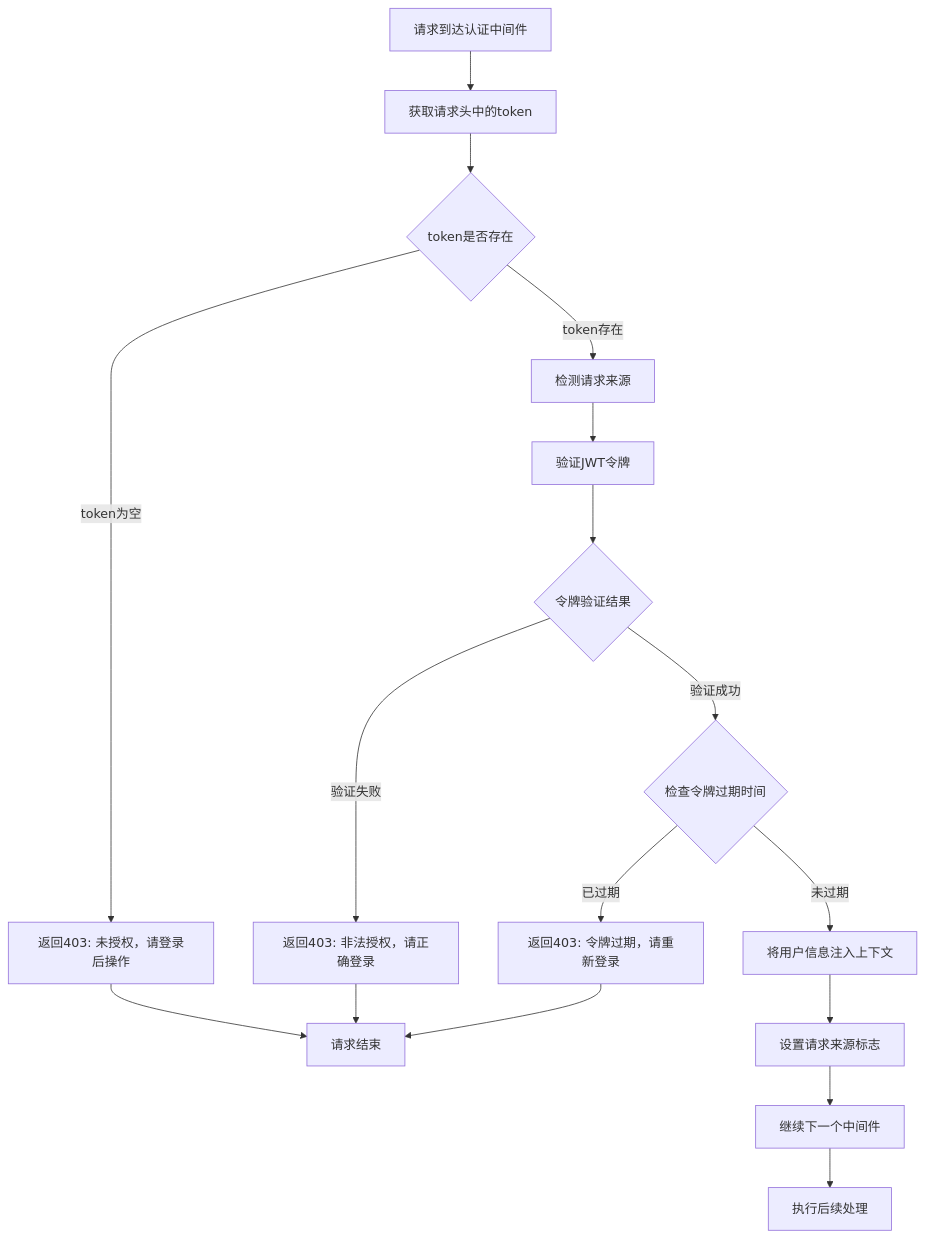
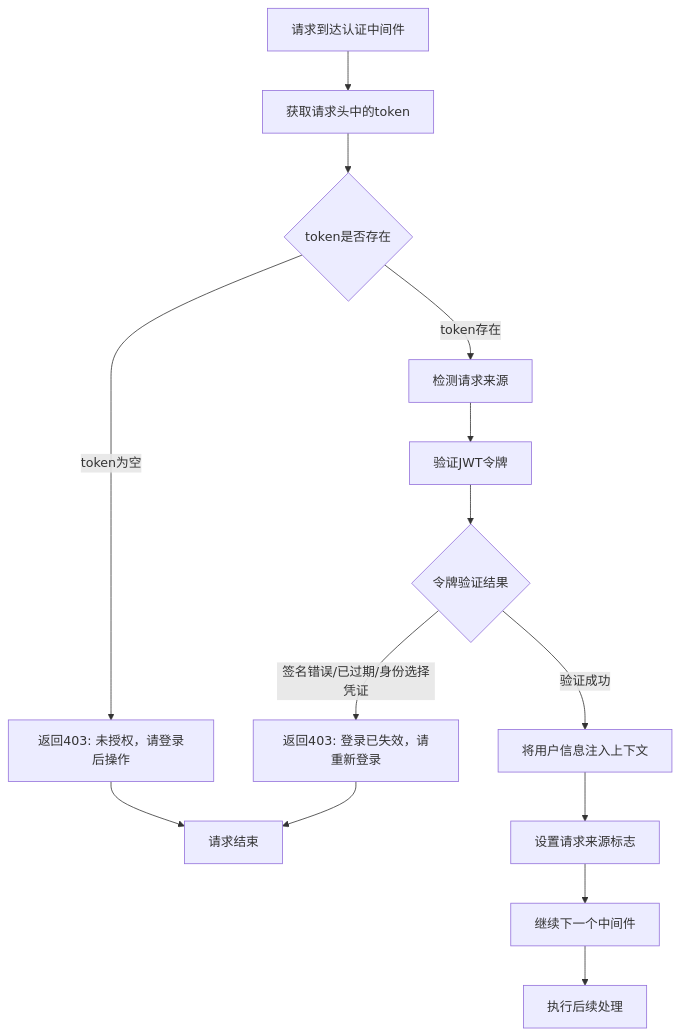
The diagram in ikanyue.mapi.hono/src/middleware/auth.js.md (imatrixme/ikanyue), drawn with Mermaid before and after one commit. The commit also changed other lines of this file and 37 other files, not shown here.

````diff
--- a/ikanyue.mapi.hono/src/middleware/auth.js.md
+++ b/ikanyue.mapi.hono/src/middleware/auth.js.md
@@ -9,19 +9,16 @@
 ```mermaid
 flowchart TD
     A[请求到达认证中间件] --> B[获取请求头中的token]
     B --> C{token是否存在}
     C -->|token为空| D[返回403: 未授权，请登录后操作]
     C -->|token存在| E[检测请求来源]
     E --> F[验证JWT令牌]
     F --> G{令牌验证结果}
-    G -->|验证失败| H[返回403: 非法授权，请正确登录]
-    G -->|验证成功| I{检查令牌过期时间}
-    I -->|已过期| J[返回403: 令牌过期，请重新登录]
-    I -->|未过期| K[将用户信息注入上下文]
+    G -->|签名错误/已过期/身份选择凭证| H[返回403: 登录已失效，请重新登录]
+    G -->|验证成功| K[将用户信息注入上下文]
     K --> L[设置请求来源标志]
     L --> M[继续下一个中间件]
     D --> N[请求结束]
     H --> N
-    J --> N
     M --> O[执行后续处理]
 ```
````
